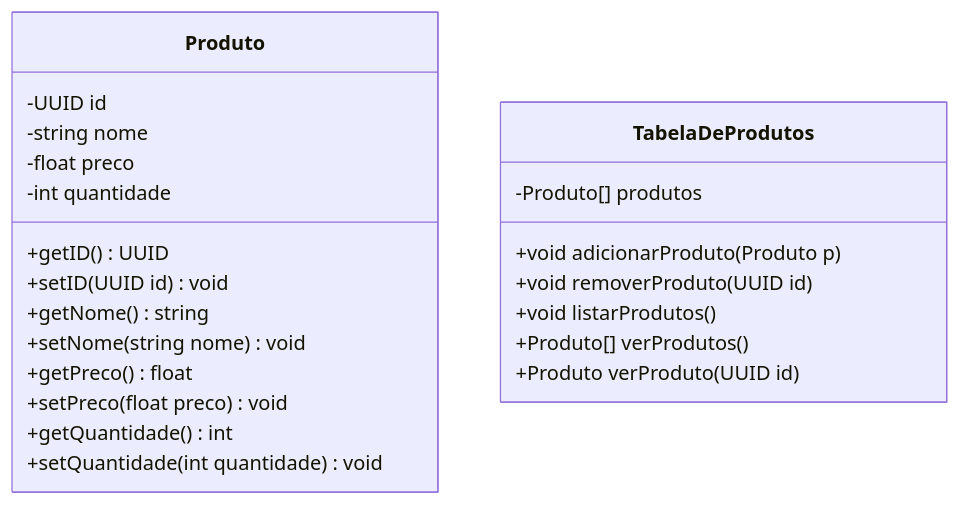
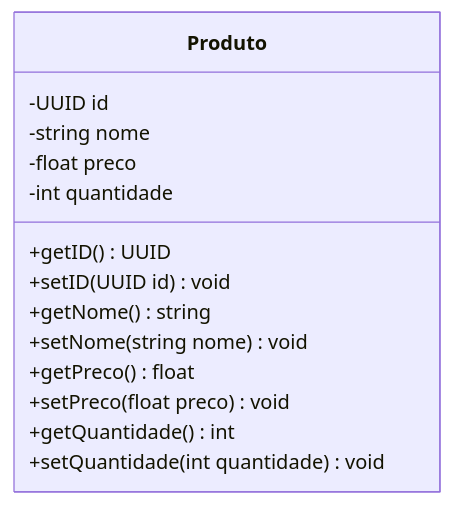
Before and after one commit to Faguim02/crud-java-spring: the diagram in README.md, drawn with Mermaid. The commit also changed other lines of this file and 1 other file, not shown here.

Commit message:
adicionando dependencias

````diff
--- a/README.md
+++ b/README.md
@@ -36,27 +37,17 @@
 ```mermaid
 classDiagram
     class Produto {
         -UUID id
         -string nome
         -float preco
         -int quantidade
         +getID() UUID
         +setID(UUID id) void
         +getNome() string
         +setNome(string nome) void
         +getPreco() float
         +setPreco(float preco) void
         +getQuantidade() int
         +setQuantidade(int quantidade) void
     }
-
-    class TabelaDeProdutos {
-        -Produto[] produtos
-        +void adicionarProduto(Produto p)
-        +void removerProduto(UUID id)
-        +void listarProdutos()
-        +Produto[] verProdutos()
-        +Produto verProduto(UUID id)
-    }
-
 ```
````
